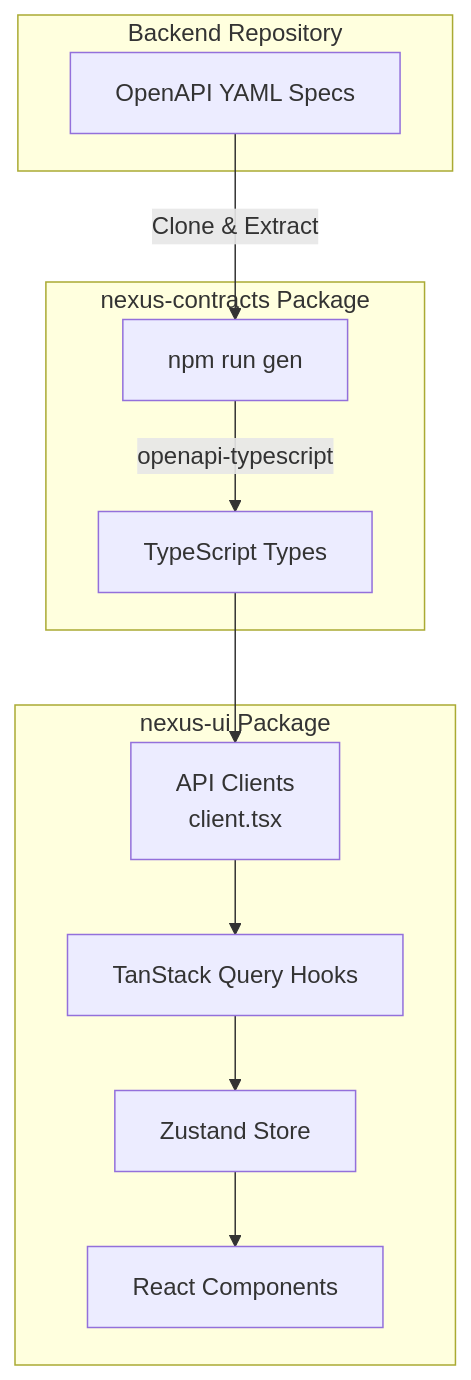
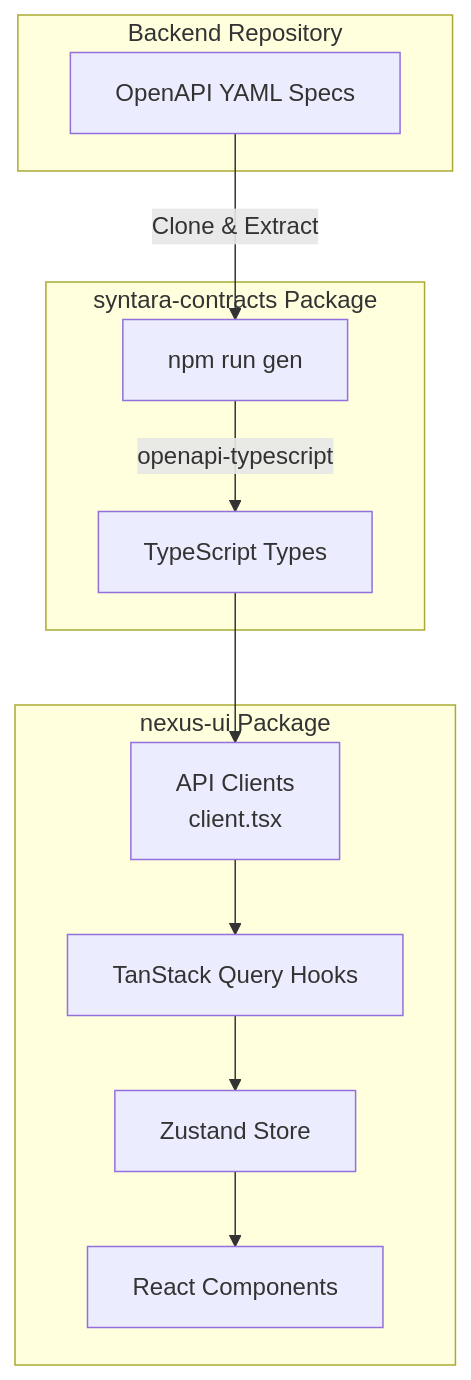
One commit to alinabuzachis/syntara changed the first of 7 diagrams in frontend/docs/data-flow.md. Above: the diagram before and after it, drawn with Mermaid. The commit also changed other lines of this file and 424 other files, not shown here.

First line of the commit message:
refactor: rename @ansible/nexus-contracts to @syntara/contracts (#985)

````diff
--- a/frontend/docs/data-flow.md
+++ b/frontend/docs/data-flow.md
@@ -26,25 +26,25 @@
 ```mermaid
 flowchart TB
     subgraph Backend["Backend Repository"]
         Y[OpenAPI YAML Specs]
     end
 
-    subgraph Contracts["nexus-contracts Package"]
+    subgraph Contracts["syntara-contracts Package"]
         G[npm run gen]
         TS[TypeScript Types]
     end
 
     subgraph UI["nexus-ui Package"]
         C[API Clients<br/>client.tsx]
         Q[TanStack Query Hooks]
         S[Zustand Store]
         R[React Components]
     end
 
     Y -->|"Clone & Extract"| G
     G -->|"openapi-typescript"| TS
     TS --> C
     C --> Q
     Q --> S
     S --> R
 ```
````
